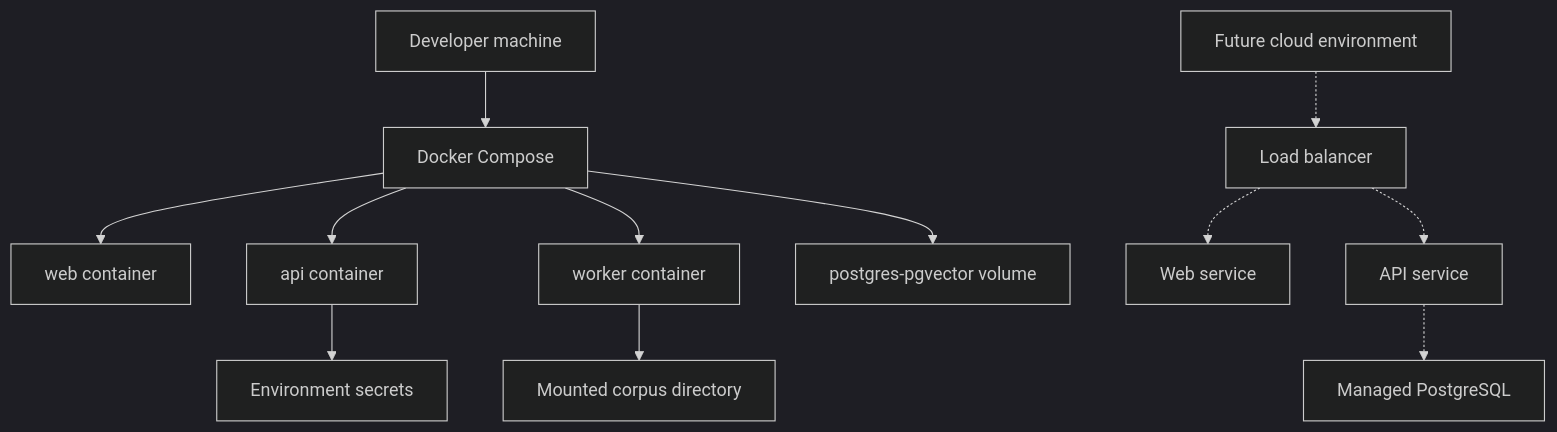
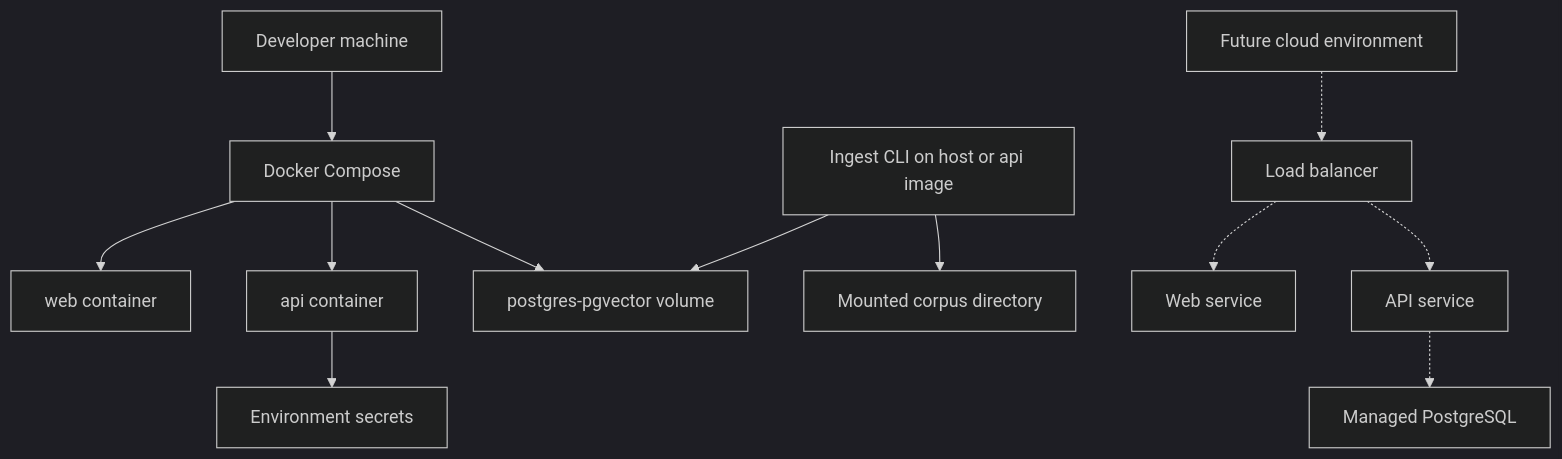
Before and after one commit to bluefate/spacebio-evidence-engine: the ninth of 9 diagrams in design.md, drawn with Mermaid (dark theme). The commit also changed other lines of this file and 41 other files, not shown here.

````diff
--- a/design.md
+++ b/design.md
@@ -297,14 +297,14 @@
 ```mermaid
 flowchart TD
   Dev["Developer machine"] --> Compose["Docker Compose"]
   Compose --> Web["web container"]
   Compose --> API["api container"]
-  Compose --> Worker["worker container"]
   Compose --> DB["postgres-pgvector volume"]
   API --> Env["Environment secrets"]
-  Worker --> Corpus["Mounted corpus directory"]
+  CLI["Ingest CLI on host or api image"] --> Corpus["Mounted corpus directory"]
+  CLI --> DB
   Cloud["Future cloud environment"] -.-> LB["Load balancer"]
   LB -.-> CloudWeb["Web service"]
   LB -.-> CloudAPI["API service"]
   CloudAPI -.-> ManagedDB["Managed PostgreSQL"]
 ```
````
